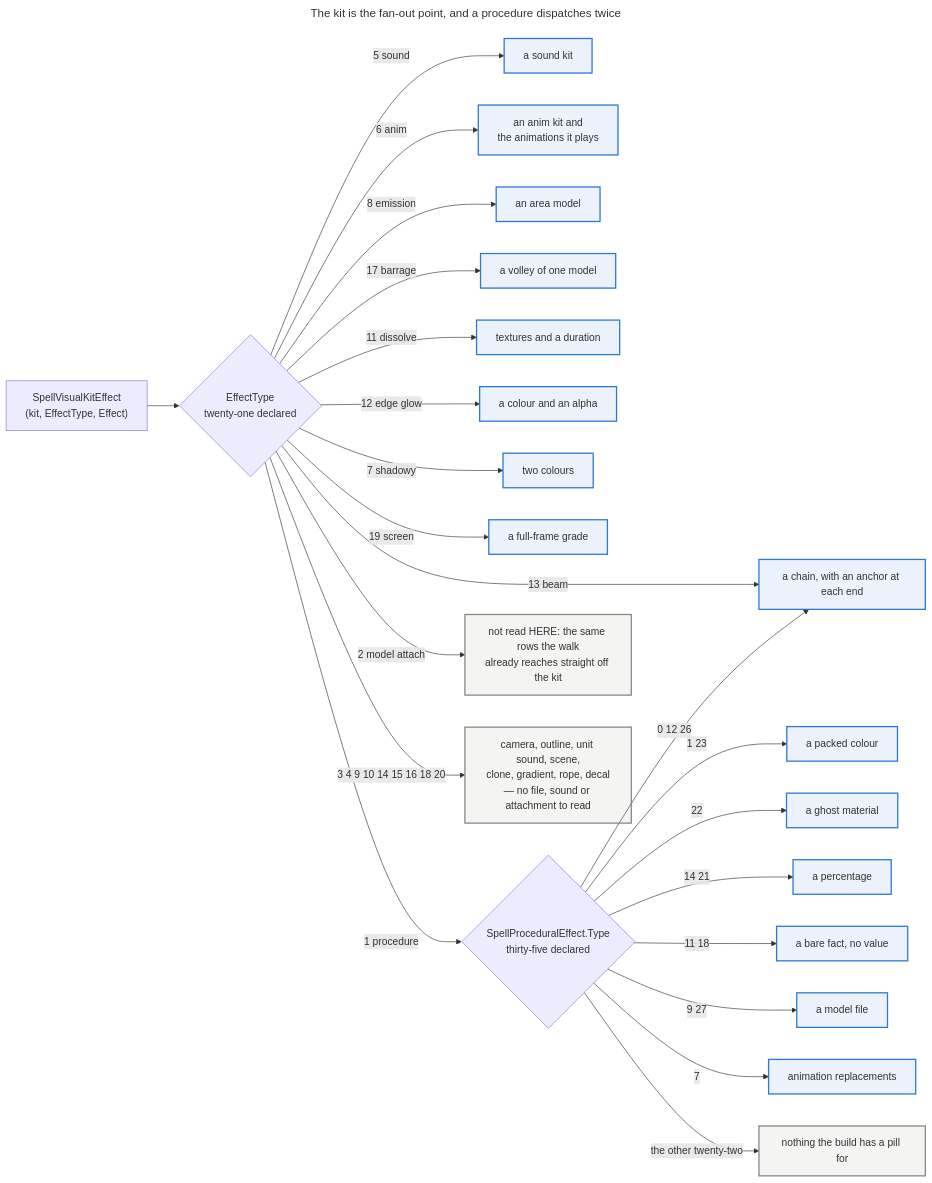
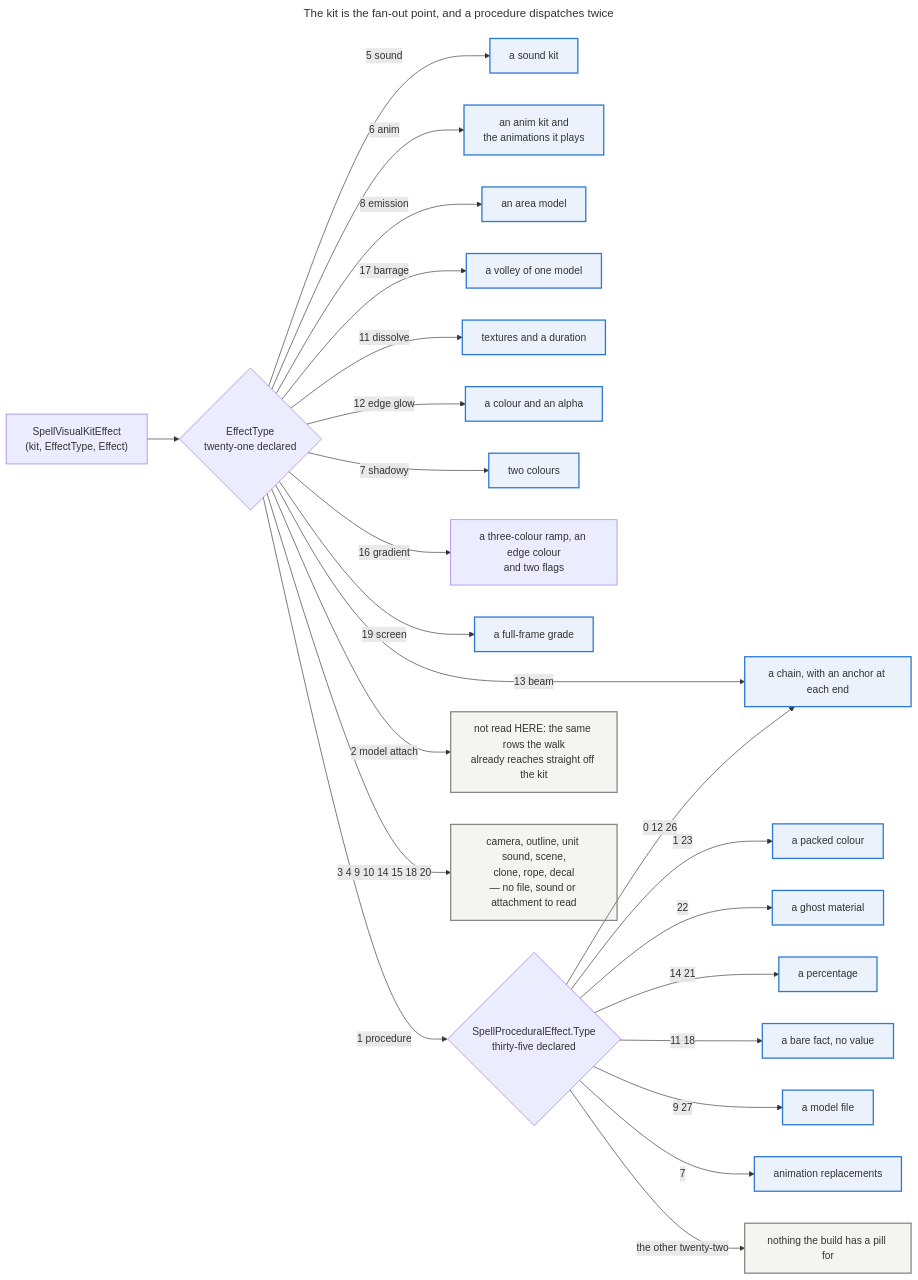
The tenth of 13 diagrams in docs/DATA_ROUTES.md (Natans8/Epsilook), drawn with Mermaid before and after one commit. The commit also changed other lines of this file and 68 other files, not shown here.

First line of the commit message:
GradientEffect ships: a gradient kind with its colours and two flags, format 72

````diff
--- a/docs/DATA_ROUTES.md
+++ b/docs/DATA_ROUTES.md
@@ -809,47 +810,48 @@
 ```mermaid
 ---
 title: The kit is the fan-out point, and a procedure dispatches twice
 ---
 flowchart LR
     accTitle: The kit effect type dispatch
     accDescr {
       A kit effect row carries a type and a value, and the type decides which table the value
       is an id in. Twenty-one values are declared, the enum's twenty types plus the empty row, and
       ten of them a route reads. The largest of the rest
       is the model attach, which is not dropped but reached directly from the kit by the walk. One
       of the ten is a procedure, whose own type dispatches a second time: thirty-five declared, of
       which thirteen carry a payload the build reads.
     }
 
     KE["SpellVisualKitEffect<br/>(kit, EffectType, Effect)"]
     KE --> T{"EffectType<br/>twenty-one declared"}
     T -->|"5 sound"| SND["a sound kit"]
     T -->|"6 anim"| ANM["an anim kit and<br/>the animations it plays"]
     T -->|"13 beam"| BEAM["a chain, with an anchor at each end"]
     T -->|"8 emission"| EMI["an area model"]
     T -->|"17 barrage"| BAR["a volley of one model"]
     T -->|"11 dissolve"| DIS["textures and a duration"]
     T -->|"12 edge glow"| GLO["a colour and an alpha"]
     T -->|"7 shadowy"| SHA["two colours"]
+    T -->|"16 gradient"| GRD["a three-colour ramp, an edge colour<br/>and two flags"]
     T -->|"19 screen"| SCR["a full-frame grade"]
     T -->|"1 procedure"| PRC{"SpellProceduralEffect.Type<br/>thirty-five declared"}
     T -->|"2 model attach"| MA["not read HERE: the same rows the walk<br/>already reaches straight off the kit"]
-    T -->|"3 4 9 10 14 15 16 18 20"| NONE["camera, outline, unit sound, scene,<br/>clone, gradient, rope, decal<br/>— no file, sound or attachment to read"]
+    T -->|"3 4 9 10 14 15 18 20"| NONE["camera, outline, unit sound, scene,<br/>clone, rope, decal<br/>— no file, sound or attachment to read"]
 
     PRC -->|"0 12 26"| BEAM
     PRC -->|"1 23"| COL["a packed colour"]
     PRC -->|"22"| GHO["a ghost material"]
     PRC -->|"14 21"| PCT["a percentage"]
     PRC -->|"11 18"| BARE["a bare fact, no value"]
     PRC -->|"9 27"| MOD["a model file"]
     PRC -->|"7"| SWAP["animation replacements"]
     PRC -->|"the other twenty-two"| NONE2["nothing the build has a pill for"]
 
     %% Emphasis rather than identity: what a route reads is the subject, and the
     %% rest is context. The de-emphasis grey clears 3:1 on a light page and on a
     %% dark one, so the contrast between the two groups survives either theme.
     classDef read fill:#2a78d618,stroke:#2a78d6,stroke-width:2px
     classDef unread fill:#89878118,stroke:#898781,stroke-width:2px
     class SND,ANM,BEAM,EMI,BAR,DIS,GLO,SHA,SCR,COL,GHO,PCT,BARE,MOD,SWAP read
     class MA,NONE,NONE2 unread
 ```
````
